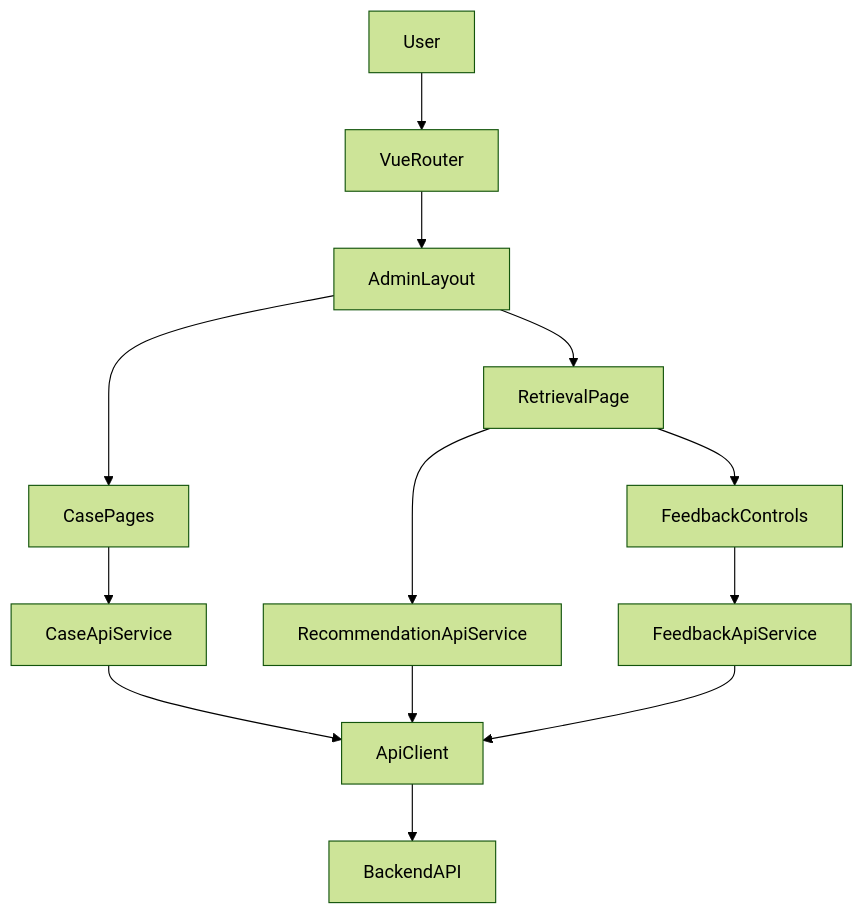
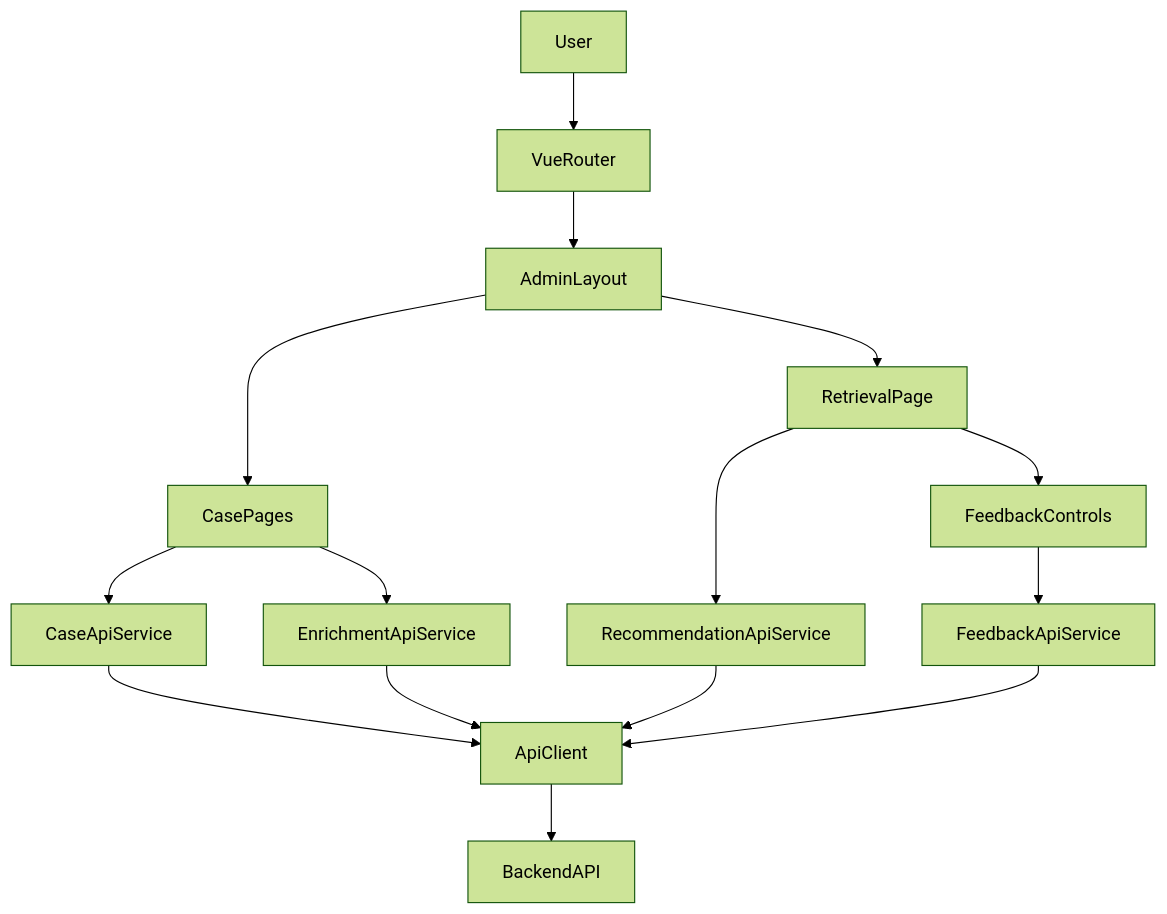
Before and after one commit to aierdong/a3-cbr: the first of 5 diagrams in .kiro/specs/mvp-admin-frontend/design.md, drawn with Mermaid (forest theme). The commit also changed other lines of this file and 87 other files, not shown here.

````diff
--- a/.kiro/specs/mvp-admin-frontend/design.md
+++ b/.kiro/specs/mvp-admin-frontend/design.md
@@ -66,15 +68,17 @@
 ```mermaid
 flowchart TB
     User[User] --> Router[VueRouter]
     Router --> Layout[AdminLayout]
     Layout --> CasePages[CasePages]
     Layout --> RetrievalPage[RetrievalPage]
     CasePages --> CaseService[CaseApiService]
+    CasePages --> EnrichmentService[EnrichmentApiService]
     RetrievalPage --> RecommendationService[RecommendationApiService]
     RetrievalPage --> FeedbackControls[FeedbackControls]
     FeedbackControls --> FeedbackService[FeedbackApiService]
     CaseService --> ApiClient[ApiClient]
+    EnrichmentService --> ApiClient
     RecommendationService --> ApiClient
     FeedbackService --> ApiClient
     ApiClient --> Backend[BackendAPI]
 ```
````
